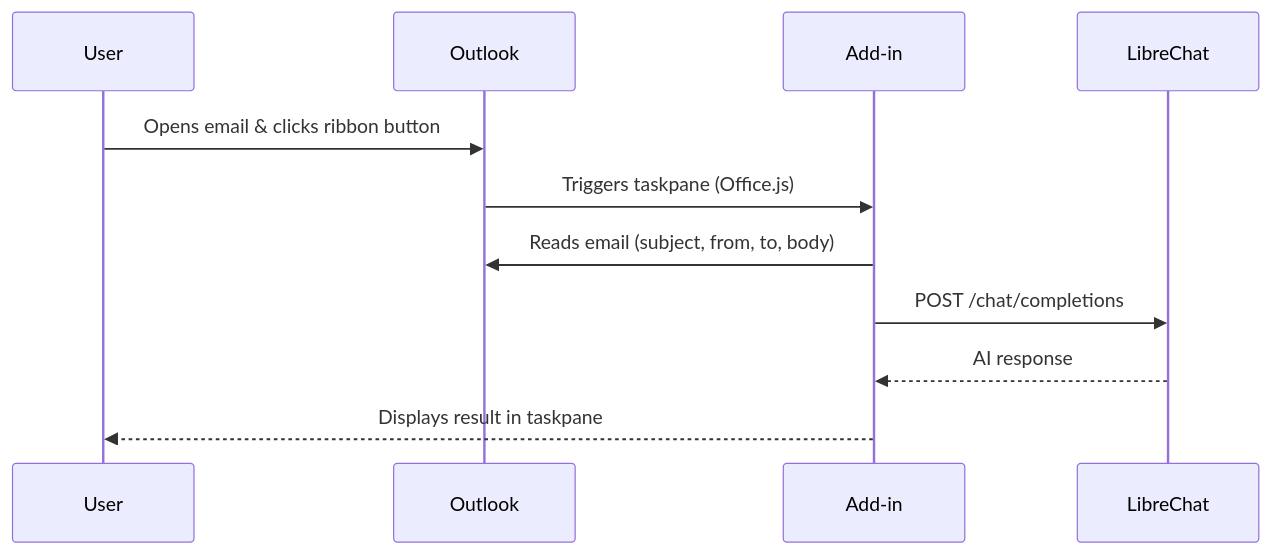
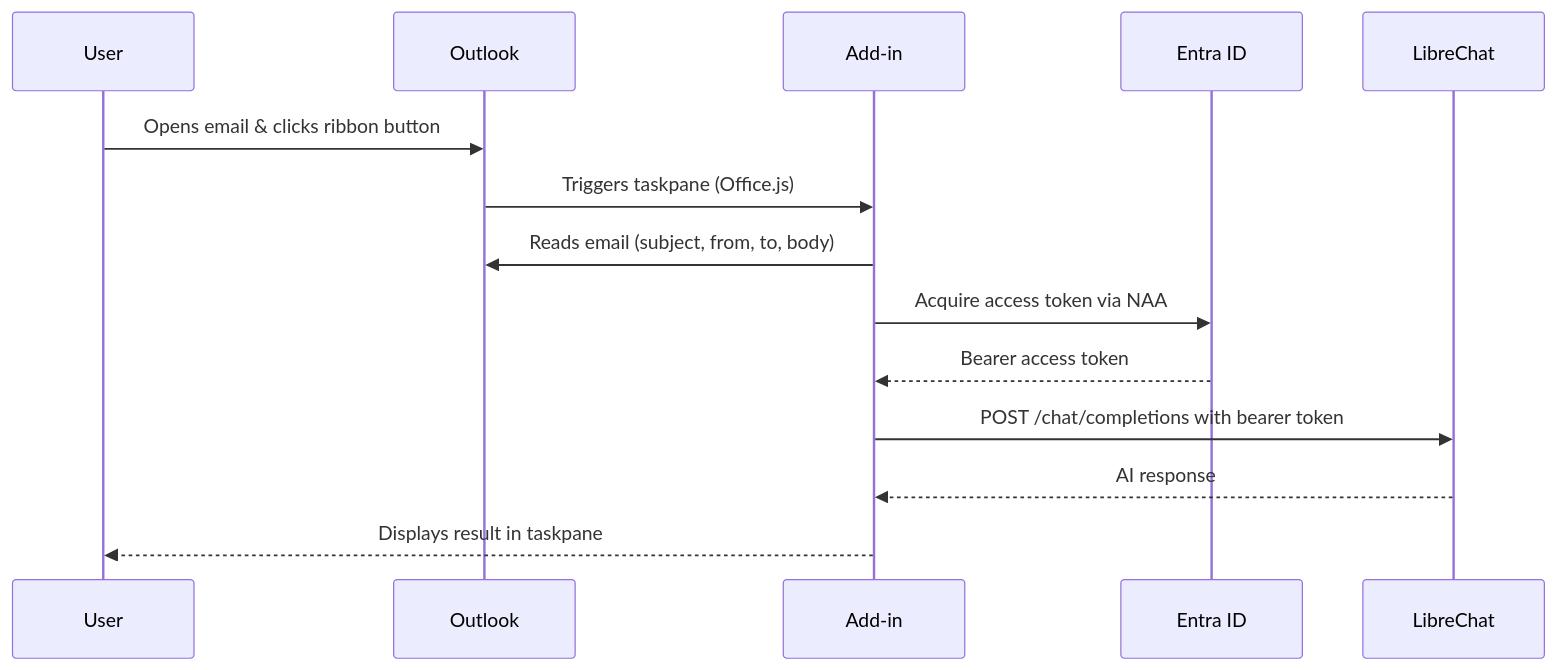
Before and after one commit to nosportugal/librechat-outlook-addin: the diagram in README.md, drawn with Mermaid. The commit also changed other lines of this file and 1 other file, not shown here.

Commit message:
docs: update AGENTS.md and README.md for Entra ID NAA integration and authentication details (#12)

````diff
--- a/README.md
+++ b/README.md
@@ -181,14 +251,17 @@
 ```mermaid
 sequenceDiagram
     participant User
     participant Outlook
     participant Add-in
+    participant Entra ID
     participant LibreChat
 
     User->>Outlook: Opens email & clicks ribbon button
     Outlook->>Add-in: Triggers taskpane (Office.js)
     Add-in->>Outlook: Reads email (subject, from, to, body)
-    Add-in->>LibreChat: POST /chat/completions
+    Add-in->>Entra ID: Acquire access token via NAA
+    Entra ID-->>Add-in: Bearer access token
+    Add-in->>LibreChat: POST /chat/completions with bearer token
     LibreChat-->>Add-in: AI response
     Add-in-->>User: Displays result in taskpane
 ```
````
